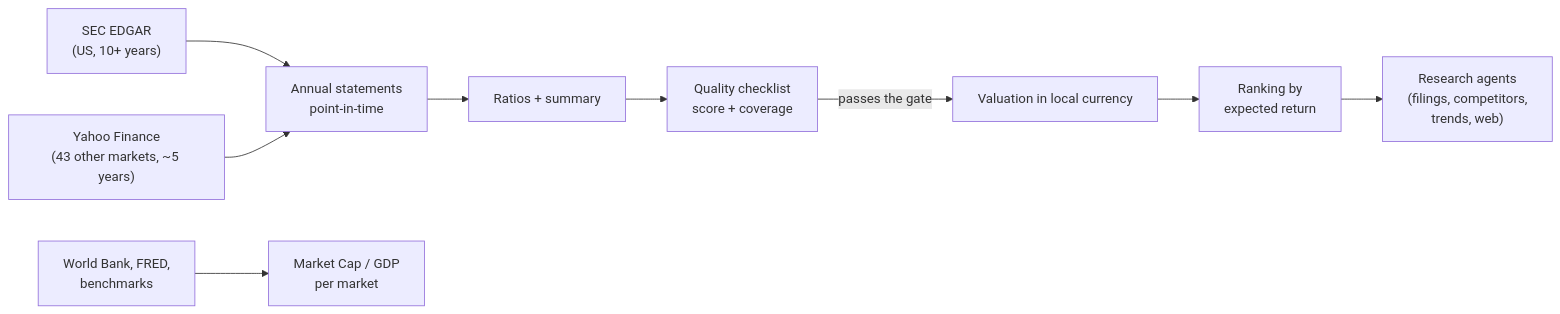
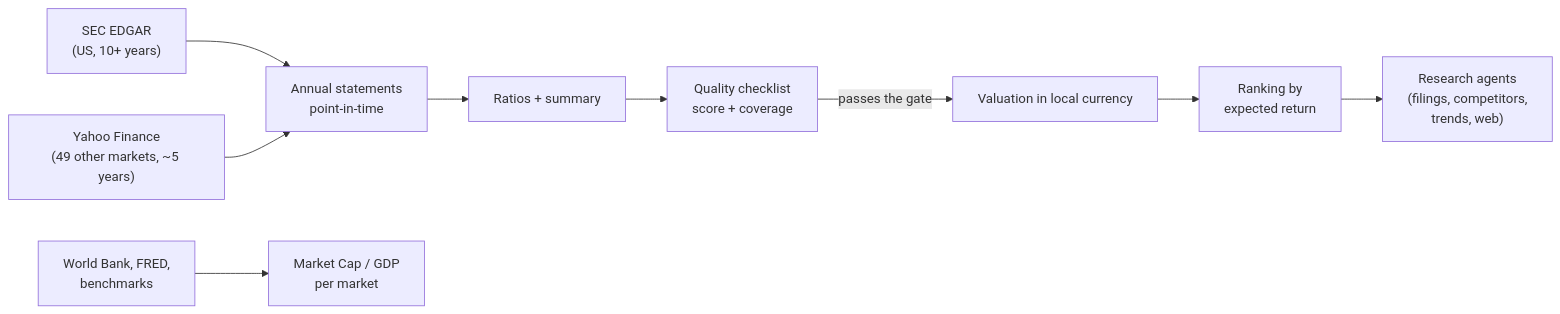
One commit to Jkovv/value_investor changed the diagram in docs/01-overview.md. Above: the diagram before and after it, drawn with Mermaid. The commit also changed other lines of this file and 18 other files, not shown here.

````diff
--- a/docs/01-overview.md
+++ b/docs/01-overview.md
@@ -12,11 +12,11 @@
 ```mermaid
 flowchart LR
     A["SEC EDGAR<br/>(US, 10+ years)"] --> C["Annual statements<br/>point-in-time"]
-    B["Yahoo Finance<br/>(43 other markets, ~5 years)"] --> C
+    B["Yahoo Finance<br/>(49 other markets, ~5 years)"] --> C
     C --> D["Ratios + summary"]
     D --> E["Quality checklist<br/>score + coverage"]
     E -->|passes the gate| F["Valuation in local currency"]
     F --> G["Ranking by<br/>expected return"]
     G --> H["Research agents<br/>(filings, competitors,<br/>trends, web)"]
     I["World Bank, FRED,<br/>benchmarks"] --> J["Market Cap / GDP<br/>per market"]
 ```
````
